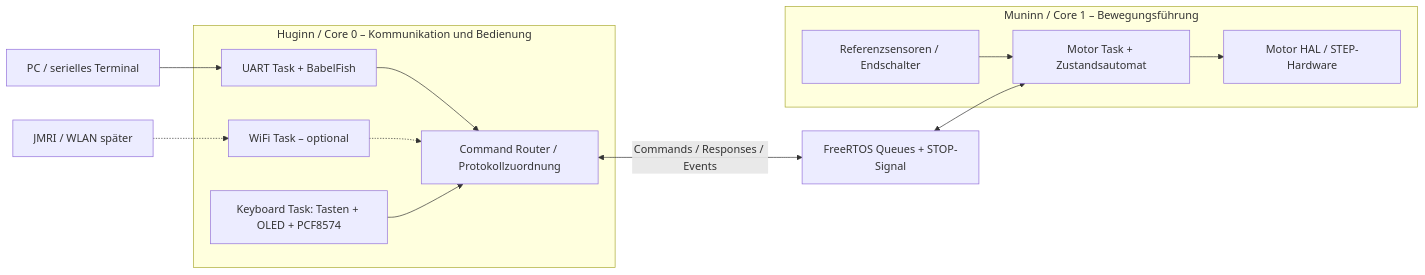
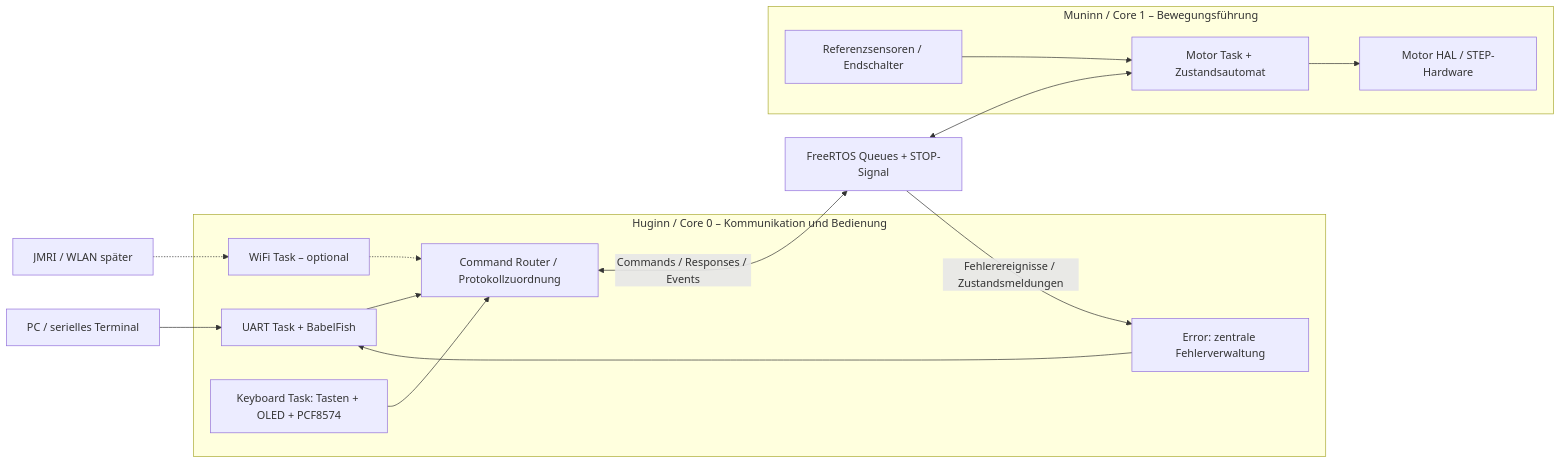
The first of 2 diagrams in FY_ESP32_Bringup/docs/SYSTEM_ARCHITECTURE.md (ErikaB-sys/Fiddle_yard_UVB), drawn with Mermaid before and after one commit. The commit also changed other lines of this file, not shown here.

Commit message:
docs(esp32): assign Error ownership to Huginn and safety handling to Muninn (#162)

````diff
--- a/FY_ESP32_Bringup/docs/SYSTEM_ARCHITECTURE.md
+++ b/FY_ESP32_Bringup/docs/SYSTEM_ARCHITECTURE.md
@@ -22,23 +22,26 @@
 ```mermaid
 flowchart LR
     P[PC / serielles Terminal] --> U
     N[JMRI / WLAN später] -.-> W
     subgraph C0["Huginn / Core 0 – Kommunikation und Bedienung"]
         U["UART Task + BabelFish"]
         W["WiFi Task – optional"]
         K["Keyboard Task: Tasten + OLED + PCF8574"]
         R["Command Router / Protokollzuordnung"]
+        E["Error: zentrale Fehlerverwaltung"]
+        E --> U
         U --> R
         W -.-> R
         K --> R
     end
     R <-->|"Commands / Responses / Events"| Q["FreeRTOS Queues + STOP-Signal"]
     subgraph C1["Muninn / Core 1 – Bewegungsführung"]
         M["Motor Task + Zustandsautomat"]
         H["Motor HAL / STEP-Hardware"]
         S["Referenzsensoren / Endschalter"]
         M --> H
         S --> M
     end
     Q <--> M
+    Q -->|"Fehlerereignisse / Zustandsmeldungen"| E
 ```
````
